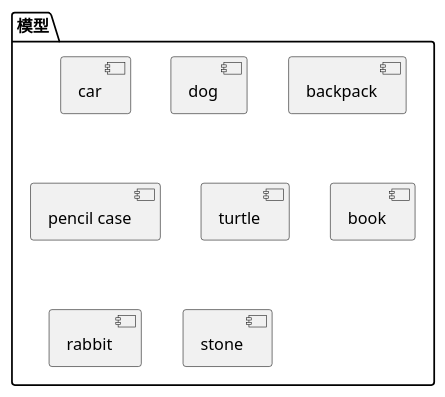
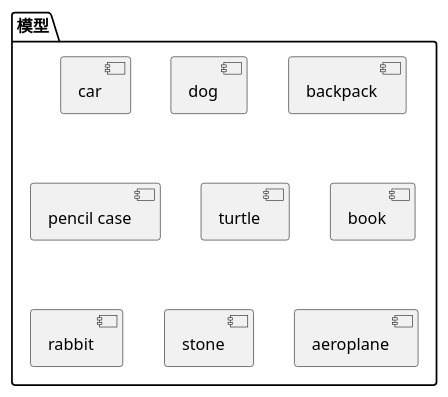
One commit to morgenliao/tongue changed the diagram in StoryBoard/UM_0101_lesson01.puml. Above: the diagram before and after it, drawn with PlantUML. The commit also changed 13 other files, not shown here.

```diff
--- a/StoryBoard/UM_0101_lesson01.puml
+++ b/StoryBoard/UM_0101_lesson01.puml
@@ -1,14 +1,14 @@
 @startuml
-
 package "模型" {
 [car]
 [dog]
 [backpack]
 [pencil case]
 [turtle]
 [book]
 [rabbit]
 [stone]
+[aeroplane]
 }
 
 @enduml
```
